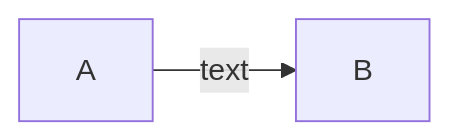
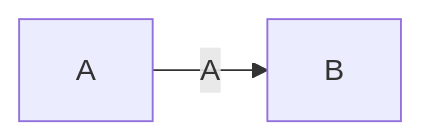
Before and after one commit to kiswend/NSS: the first of 3 diagrams in register.md, drawn with Mermaid.

````diff
--- a/register.md
+++ b/register.md
@@ -8,4 +8,4 @@
 ```mermaid
 flowchart LR
-    A-- text -->B
+    A-->|A|B
 ```
````
